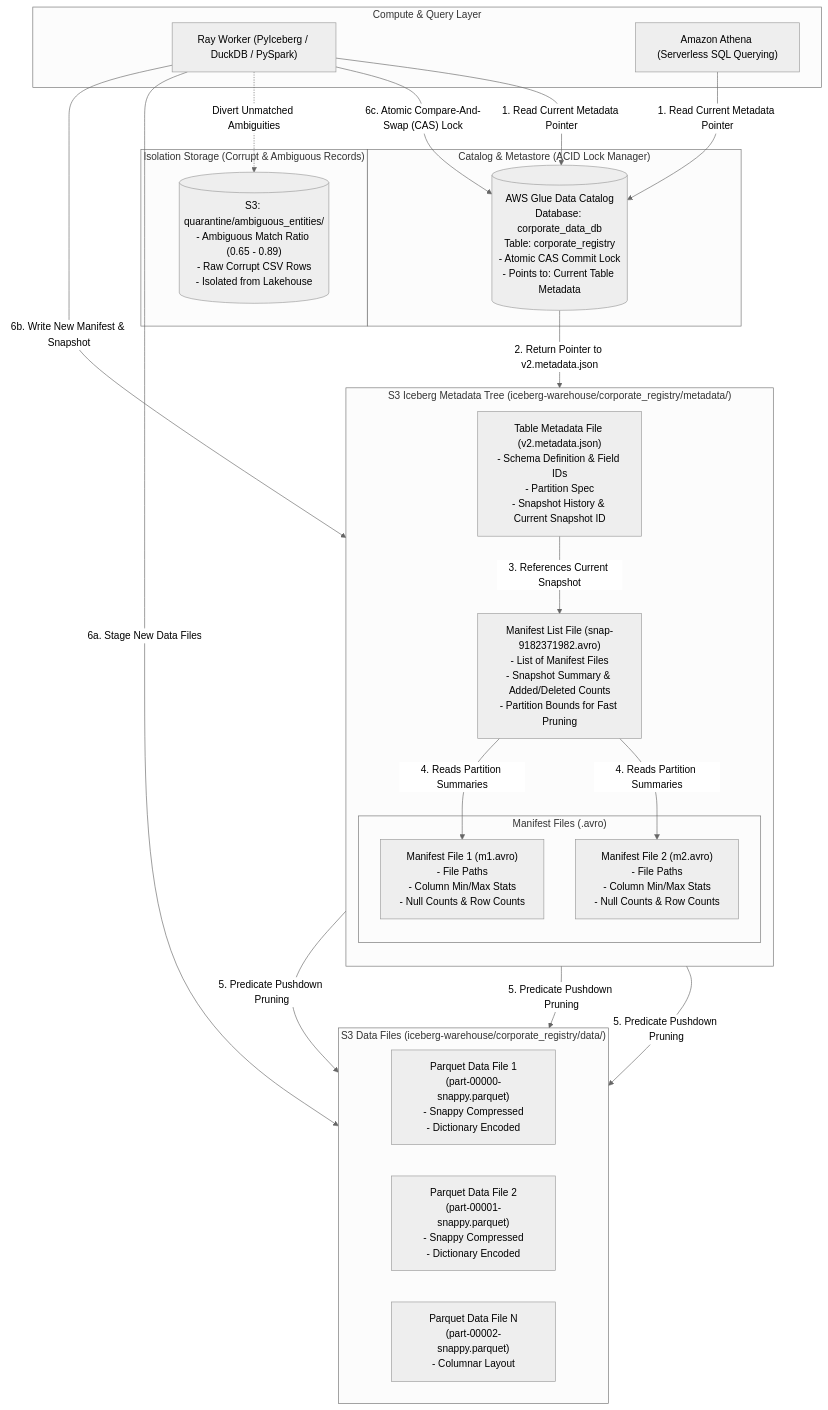
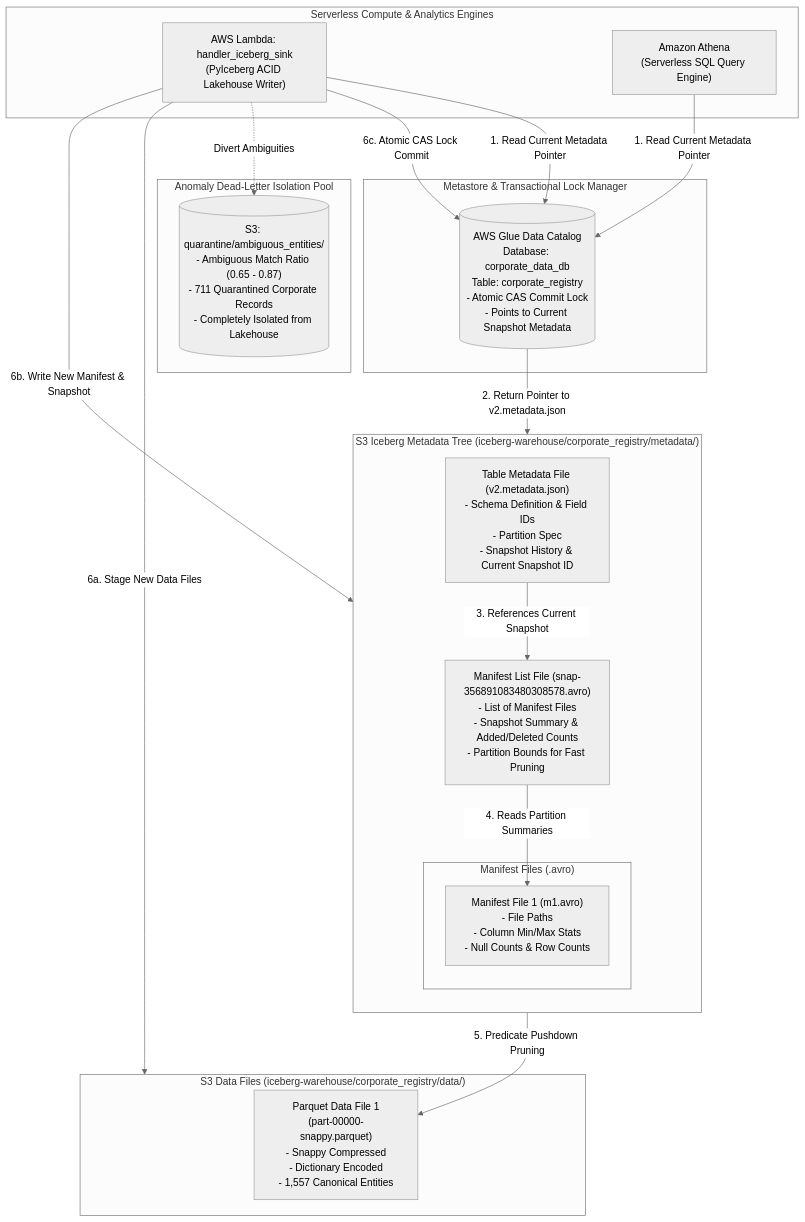
Before and after one commit to jashkv/ray-platform: the diagram in ray-ai-platform/docs/mermaid/09-lakehouse-iceberg.mmd, drawn with Mermaid (neutral theme). The commit also changed 34 other files, not shown here.

Commit message:
docs(serverless): completely align all documentation, diagrams, runbooks, and test configs with the AWS Serverless Platform architecture

```diff
--- a/ray-ai-platform/docs/mermaid/09-lakehouse-iceberg.mmd
+++ b/ray-ai-platform/docs/mermaid/09-lakehouse-iceberg.mmd
@@ -1,55 +1,42 @@
 flowchart TD
-    %% Apache Iceberg ACID Lakehouse Storage Architecture
-    subgraph Compute_Engines["Compute & Query Layer"]
-        RAY_WORKER["Ray Worker (PyIceberg / DuckDB / PySpark)"]
-        ATHENA["Amazon Athena (Serverless SQL Querying)"]
+    %% Serverless Apache Iceberg ACID Lakehouse Storage Architecture
+    subgraph ComputeEngines["Serverless Compute & Analytics Engines"]
+        LAMBDA_SINK["AWS Lambda: handler_iceberg_sink\n(PyIceberg ACID Lakehouse Writer)"]
+        ATHENA["Amazon Athena\n(Serverless SQL Query Engine)"]
     end
 
-    subgraph Catalog_Layer["Catalog & Metastore (ACID Lock Manager)"]
-        GLUE_CATALOG[("AWS Glue Data Catalog\nDatabase: corporate_data_db\nTable: corporate_registry\n- Atomic CAS Commit Lock\n- Points to: Current Table Metadata")]
+    subgraph CatalogLayer["Metastore & Transactional Lock Manager"]
+        GLUE_CATALOG[("AWS Glue Data Catalog\nDatabase: corporate_data_db\nTable: corporate_registry\n- Atomic CAS Commit Lock\n- Points to Current Snapshot Metadata")]
     end
 
-    subgraph S3_Metadata_Tree["S3 Iceberg Metadata Tree (iceberg-warehouse/corporate_registry/metadata/)"]
+    subgraph S3_MetadataTree["S3 Iceberg Metadata Tree (iceberg-warehouse/corporate_registry/metadata/)"]
         direction TB
 
         META_JSON["Table Metadata File (v2.metadata.json)\n- Schema Definition & Field IDs\n- Partition Spec\n- Snapshot History & Current Snapshot ID"]
 
-        SNAP_LIST["Manifest List File (snap-9182371982.avro)\n- List of Manifest Files\n- Snapshot Summary & Added/Deleted Counts\n- Partition Bounds for Fast Pruning"]
+        SNAP_LIST["Manifest List File (snap-356891083480308578.avro)\n- List of Manifest Files\n- Snapshot Summary & Added/Deleted Counts\n- Partition Bounds for Fast Pruning"]
 
-        subgraph Manifest_Files["Manifest Files (.avro)"]
+        subgraph ManifestFiles["Manifest Files (.avro)"]
             M1["Manifest File 1 (m1.avro)\n- File Paths\n- Column Min/Max Stats\n- Null Counts & Row Counts"]
-            M2["Manifest File 2 (m2.avro)\n- File Paths\n- Column Min/Max Stats\n- Null Counts & Row Counts"]
         end
     end
 
-    subgraph S3_Data_Files["S3 Data Files (iceberg-warehouse/corporate_registry/data/)"]
-        direction LR
-        PARQUET_1["Parquet Data File 1\n(part-00000-snappy.parquet)\n- Snappy Compressed\n- Dictionary Encoded"]
-        PARQUET_2["Parquet Data File 2\n(part-00001-snappy.parquet)\n- Snappy Compressed\n- Dictionary Encoded"]
-        PARQUET_N["Parquet Data File N\n(part-00002-snappy.parquet)\n- Columnar Layout"]
+    subgraph S3_DataFiles["S3 Data Files (iceberg-warehouse/corporate_registry/data/)"]
+        PARQUET_1["Parquet Data File 1\n(part-00000-snappy.parquet)\n- Snappy Compressed\n- Dictionary Encoded\n- 1,557 Canonical Entities"]
     end
 
-    subgraph Quarantine_Storage["Isolation Storage (Corrupt & Ambiguous Records)"]
-        S3_QUARANTINE[("S3: quarantine/ambiguous_entities/\n- Ambiguous Match Ratio (0.65 - 0.89)\n- Raw Corrupt CSV Rows\n- Isolated from Lakehouse")]
+    subgraph QuarantineStorage["Anomaly Dead-Letter Isolation Pool"]
+        S3_QUARANTINE[("S3: quarantine/ambiguous_entities/\n- Ambiguous Match Ratio (0.65 - 0.87)\n- 711 Quarantined Corporate Records\n- Completely Isolated from Lakehouse")]
     end
 
-    %% Engine to Catalog
-    RAY_WORKER -->|"1. Read Current Metadata Pointer"| GLUE_CATALOG
+    LAMBDA_SINK -->|"1. Read Current Metadata Pointer"| GLUE_CATALOG
     ATHENA -->|"1. Read Current Metadata Pointer"| GLUE_CATALOG
     GLUE_CATALOG -->|"2. Return Pointer to v2.metadata.json"| META_JSON
-
-    %% Metadata Tree Traversal
     META_JSON -->|"3. References Current Snapshot"| SNAP_LIST
     SNAP_LIST -->|"4. Reads Partition Summaries"| M1
-    SNAP_LIST -->|"4. Reads Partition Summaries"| M2
     M1 -->|"5. Predicate Pushdown Pruning"| PARQUET_1
-    M2 -->|"5. Predicate Pushdown Pruning"| PARQUET_2
-    M2 -->|"5. Predicate Pushdown Pruning"| PARQUET_N
 
-    %% Atomic Commit Cycle
-    RAY_WORKER -->|"6a. Stage New Data Files"| S3_Data_Files
-    RAY_WORKER -->|"6b. Write New Manifest & Snapshot"| S3_Metadata_Tree
-    RAY_WORKER -->|"6c. Atomic Compare-And-Swap (CAS) Lock"| GLUE_CATALOG
-
-    %% Quarantine Divert
-    RAY_WORKER -.->|"Divert Unmatched Ambiguities"| S3_QUARANTINE
+    LAMBDA_SINK -->|"6a. Stage New Data Files"| S3_DataFiles
+    LAMBDA_SINK -->|"6b. Write New Manifest & Snapshot"| S3_MetadataTree
+    LAMBDA_SINK -->|"6c. Atomic CAS Lock Commit"| GLUE_CATALOG
+    LAMBDA_SINK -.->|"Divert Ambiguities"| S3_QUARANTINE
```
